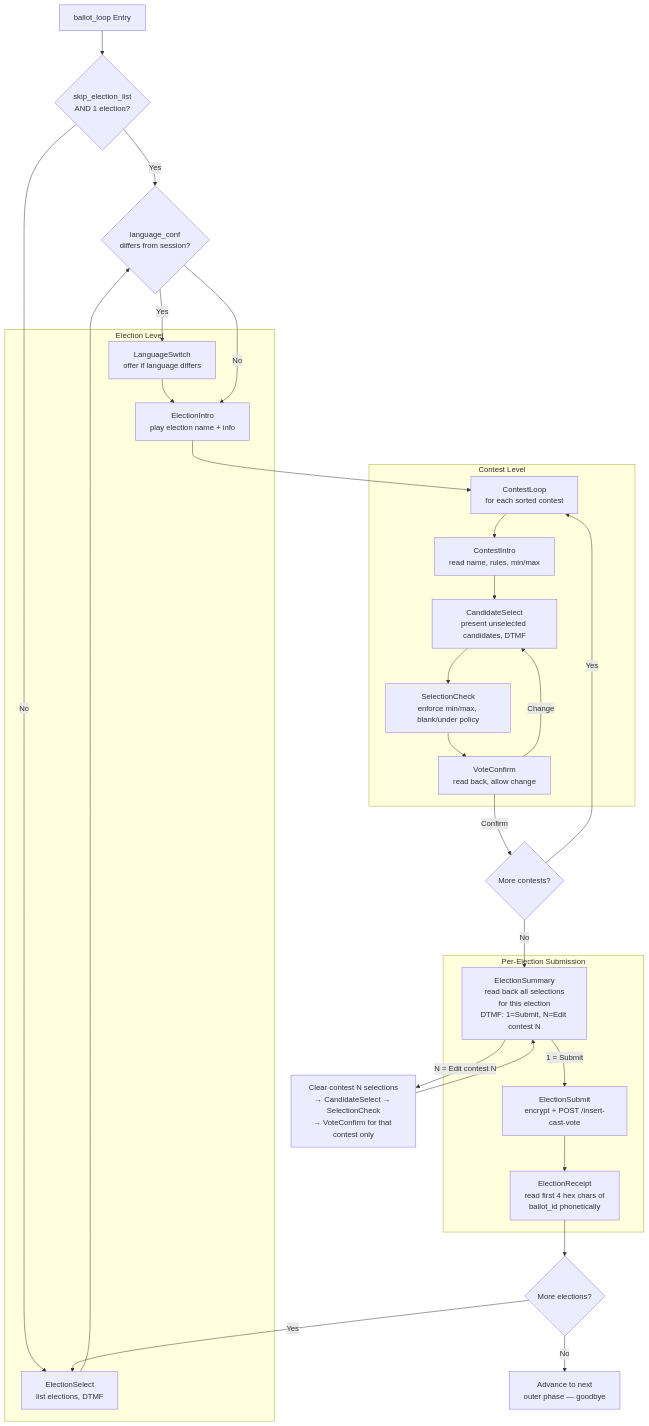
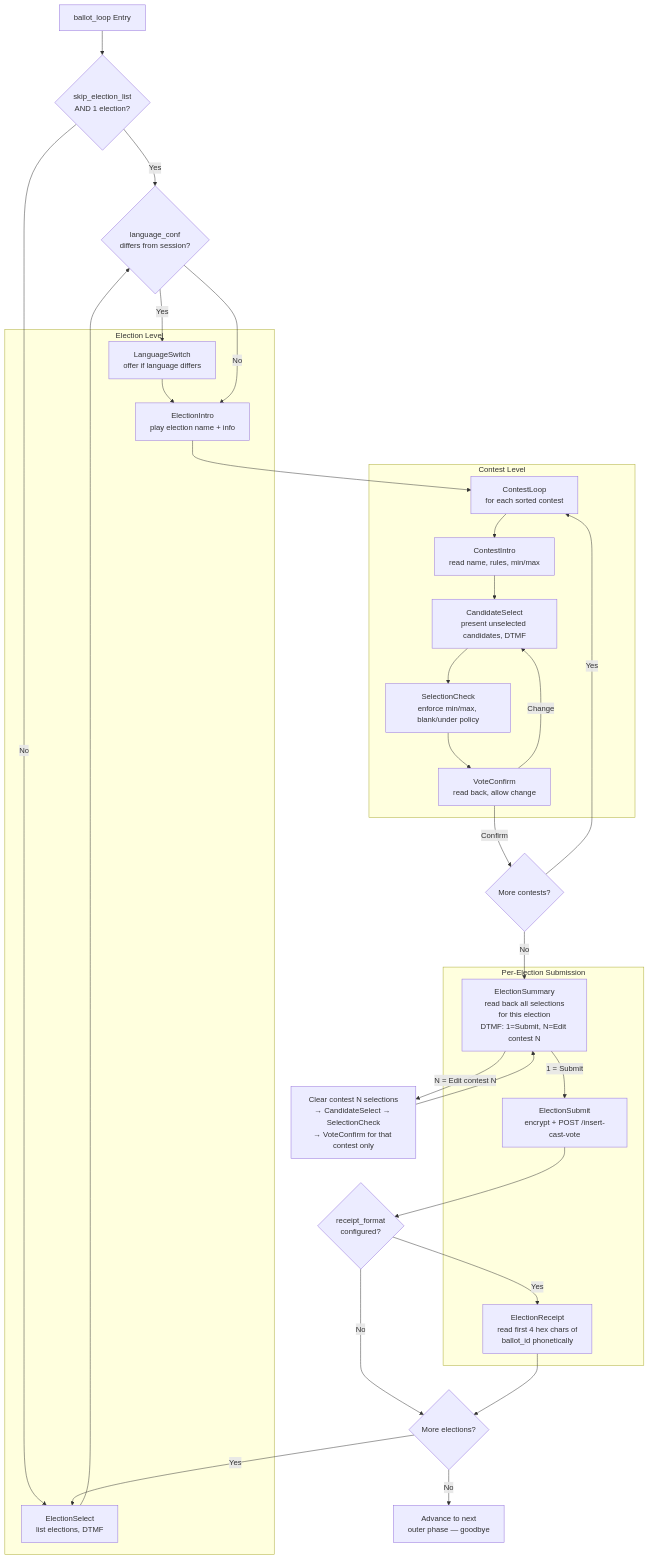
The fourth of 13 diagrams in docs/docusaurus/docs/07-developers/12-ivr/ivr-system-design.md (sequentech/step), drawn with Mermaid before and after one commit. The commit also changed other lines of this file, not shown here.

````diff
--- a/docs/docusaurus/docs/07-developers/12-ivr/ivr-system-design.md
+++ b/docs/docusaurus/docs/07-developers/12-ivr/ivr-system-design.md
@@ -206,50 +204,51 @@
 ```mermaid
 flowchart TD
     Start[ballot_loop Entry] --> SkipCheck{skip_election_list<br/>AND 1 election?}
     SkipCheck -->|Yes| LangCheck
     SkipCheck -->|No| ElectionSelect
 
     subgraph ElectionLevel [Election Level]
         ElectionSelect[ElectionSelect<br/>list elections, DTMF]
         LanguageSwitch[LanguageSwitch<br/>offer if language differs]
         ElectionIntro[ElectionIntro<br/>play election name + info]
     end
 
     ElectionSelect --> LangCheck{language_conf<br/>differs from session?}
     LangCheck -->|Yes| LanguageSwitch --> ElectionIntro
     LangCheck -->|No| ElectionIntro
     ElectionIntro --> ContestLoop
 
     subgraph ContestLevel [Contest Level]
         ContestLoop[ContestLoop<br/>for each sorted contest]
         ContestIntro[ContestIntro<br/>read name, rules, min/max]
         CandidateSelect[CandidateSelect<br/>present unselected candidates, DTMF]
         SelectionCheck[SelectionCheck<br/>enforce min/max, blank/under policy]
         VoteConfirm[VoteConfirm<br/>read back, allow change]
     end
 
     ContestLoop --> ContestIntro --> CandidateSelect
     CandidateSelect --> SelectionCheck
     SelectionCheck --> VoteConfirm
     VoteConfirm -->|Change| CandidateSelect
     VoteConfirm -->|Confirm| NextContest
 
     NextContest{More contests?}
     NextContest -->|Yes| ContestLoop
     NextContest -->|No| ElectionSummary
 
     subgraph SubmissionLevel [Per-Election Submission]
         ElectionSummary[ElectionSummary<br/>read back all selections<br/>for this election<br/>DTMF: 1=Submit, N=Edit contest N]
         ElectionSubmit[ElectionSubmit<br/>encrypt + POST /insert-cast-vote]
         ElectionReceipt[ElectionReceipt<br/>read first 4 hex chars of<br/>ballot_id phonetically]
     end
 
     ElectionSummary -->|"N = Edit contest N"| EditContest[Clear contest N selections<br/>→ CandidateSelect → SelectionCheck<br/>→ VoteConfirm for that contest only]
     EditContest --> ElectionSummary
     ElectionSummary -->|"1 = Submit"| ElectionSubmit
-    ElectionSubmit --> ElectionReceipt
-
-    ElectionReceipt --> MoreElections{More elections?}
+    ElectionSubmit --> ReceiptGate{receipt_format<br/>configured?}
+    ReceiptGate -->|No| MoreElections{More elections?}
+    ReceiptGate -->|Yes| ElectionReceipt
+    ElectionReceipt --> MoreElections
     MoreElections -->|Yes| ElectionSelect
     MoreElections -->|No| Done[Advance to next<br/>outer phase — goodbye]
 ```
````
